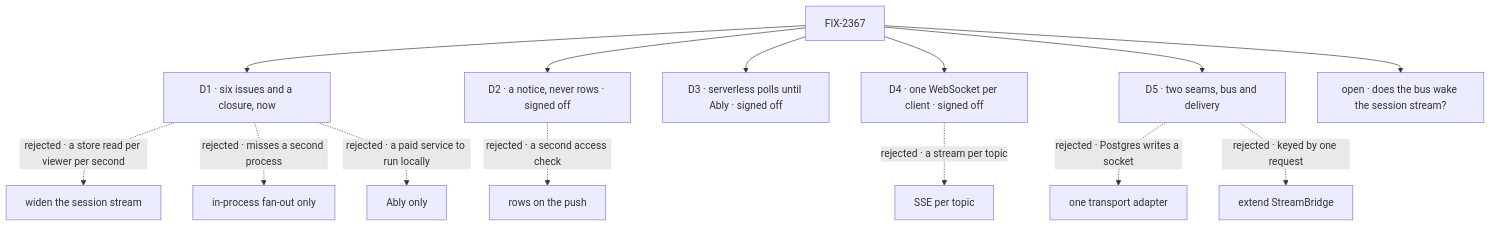
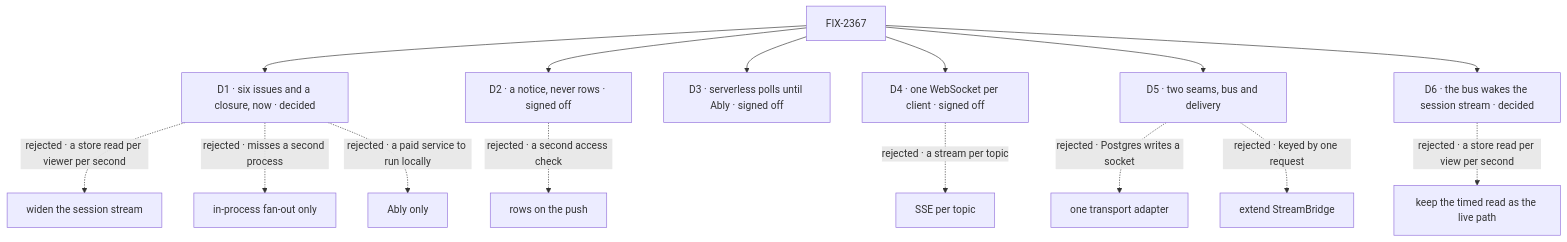
Before and after one commit to fixpoint-labs/flow-state-dev: the diagram in specs/epics/FIX-2367/DECISIONS.md, drawn with Mermaid. The commit also changed other lines of this file and 3 other files, not shown here.

````diff
--- a/specs/epics/FIX-2367/DECISIONS.md
+++ b/specs/epics/FIX-2367/DECISIONS.md
@@ -11,16 +11,17 @@
 ```mermaid
 flowchart TD
-  E["FIX-2367"] --> D1["D1 · six issues and a closure, now"]
+  E["FIX-2367"] --> D1["D1 · six issues and a closure, now · decided"]
   D1 -.->|"rejected · a store read per viewer per second"| X1c["widen the session stream"]
   D1 -.->|"rejected · misses a second process"| X1["in-process fan-out only"]
   D1 -.->|"rejected · a paid service to run locally"| X1b["Ably only"]
   E --> D2["D2 · a notice, never rows · signed off"]
   D2 -.->|"rejected · a second access check"| X2["rows on the push"]
   E --> D3["D3 · serverless polls until Ably · signed off"]
   E --> D4["D4 · one WebSocket per client · signed off"]
   D4 -.->|"rejected · a stream per topic"| X4["SSE per topic"]
   E --> D5["D5 · two seams, bus and delivery"]
   D5 -.->|"rejected · Postgres writes a socket"| X5["one transport adapter"]
   D5 -.->|"rejected · keyed by one request"| X5b["extend StreamBridge"]
-  E --> O1["open · does the bus wake the session stream?"]
+  E --> D6["D6 · the bus wakes the session stream · decided"]
+  D6 -.->|"rejected · a store read per view per second"| X6["keep the timed read as the live path"]
 ```
````
